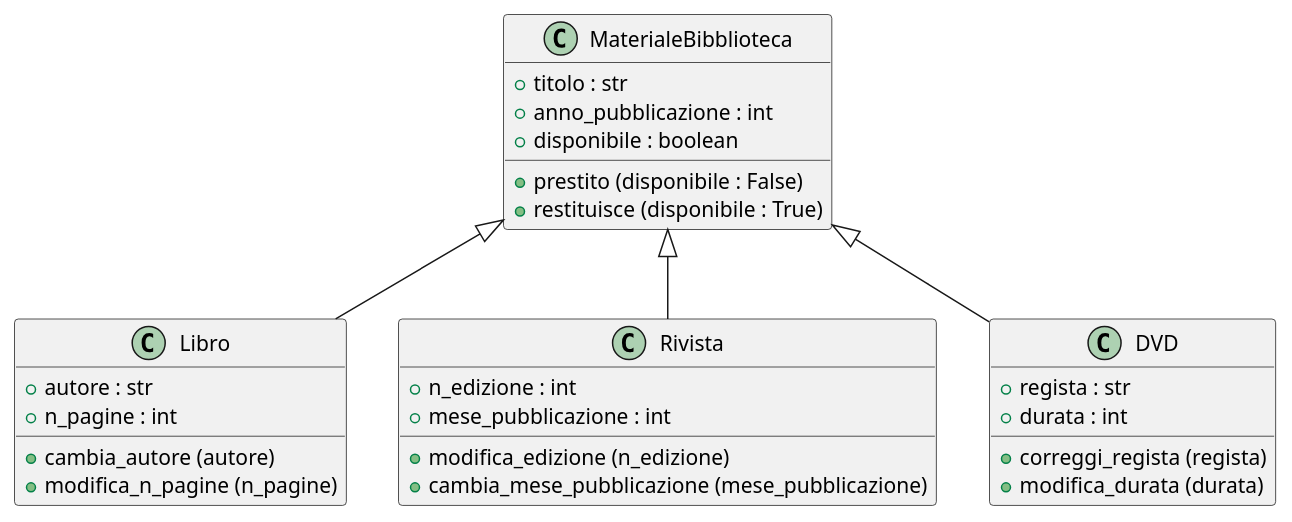
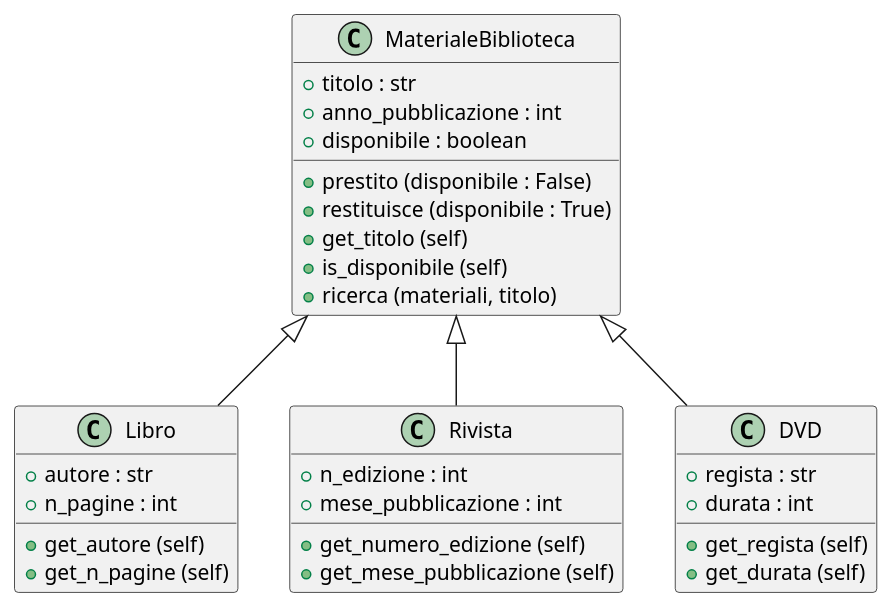
The diagram in umlclasse7.wsd (CristianMonticelli/io), drawn with PlantUML before and after one commit. The commit also changed 105 other files, not shown here.

```diff
--- a/umlclasse7.wsd
+++ b/umlclasse7.wsd
@@ -1,36 +1,38 @@
-@startuml
-class MaterialeBibblioteca{
+@startuml es7
+class MaterialeBiblioteca{
     + titolo : str
     + anno_pubblicazione : int
     + disponibile : boolean 
     + prestito (disponibile : False)
     + restituisce (disponibile : True)
-
+    + get_titolo (self)
+    + is_disponibile (self)
+    + ricerca (materiali, titolo)
 }
 
 class Libro{
     + autore : str
     + n_pagine : int
-    + cambia_autore (autore)
-    + modifica_n_pagine (n_pagine)
+    + get_autore (self)
+    + get_n_pagine (self)
 }
 
 
 class Rivista{
     + n_edizione : int
     + mese_pubblicazione : int
-    + modifica_edizione (n_edizione)
-    + cambia_mese_pubblicazione (mese_pubblicazione)
+    + get_numero_edizione (self)
+    + get_mese_pubblicazione (self)
 }
 
 class DVD{
     + regista : str
     + durata : int
-    + correggi_regista (regista)
-    + modifica_durata (durata)
+    + get_regista (self)
+    + get_durata (self)
 }
 
-MaterialeBibblioteca <|-- Libro
-MaterialeBibblioteca <|-- DVD
-MaterialeBibblioteca <|-- Rivista
+MaterialeBiblioteca <|-- Libro
+MaterialeBiblioteca <|-- DVD
+MaterialeBiblioteca <|-- Rivista
 @enduml
```
